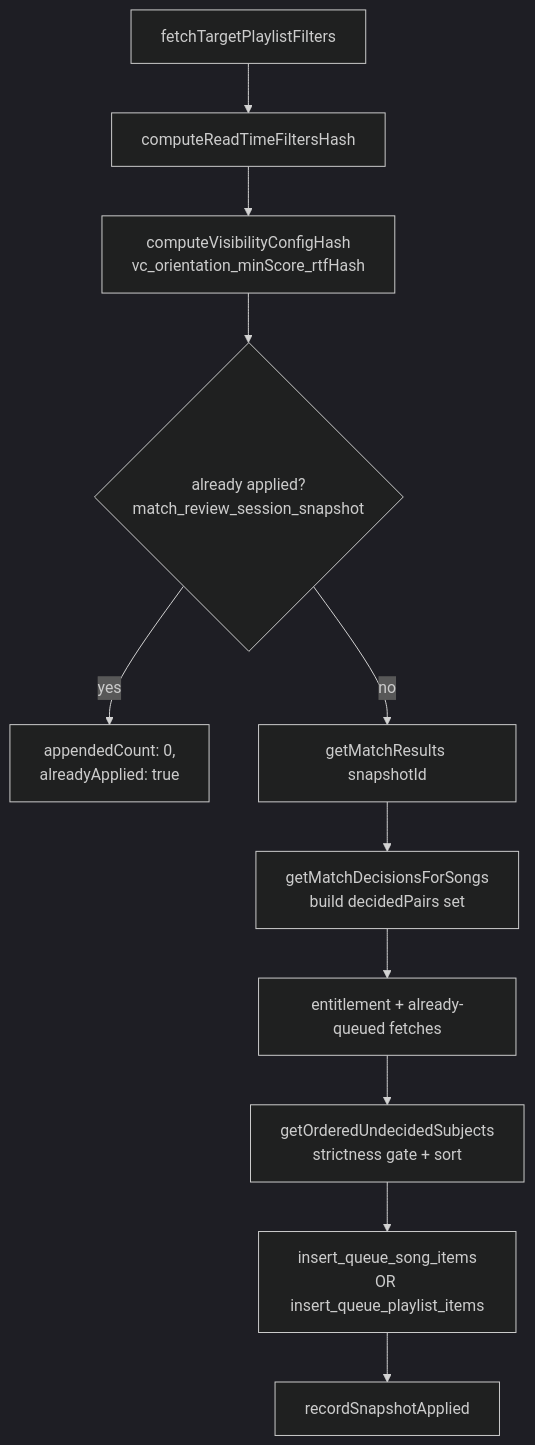
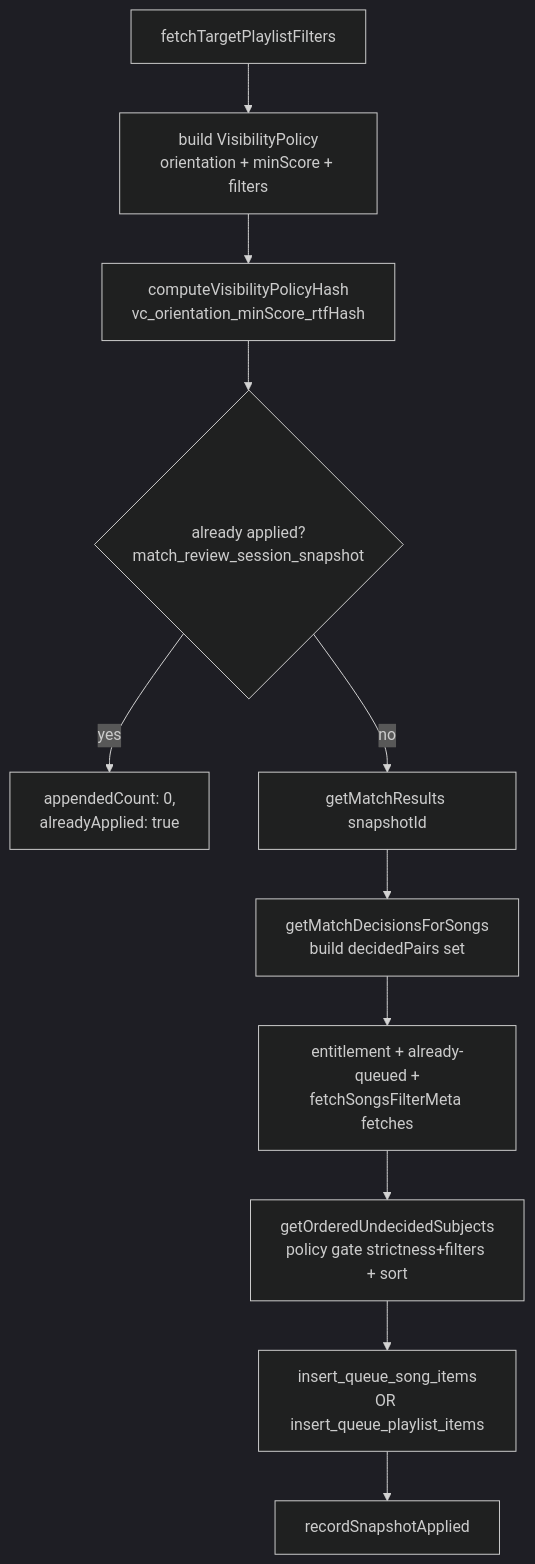
Before and after one commit to fabiogaliano/hearted.music: the fifth of 9 diagrams in docs/architecture/matching/architecture.md, drawn with Mermaid (dark theme). The commit also changed other lines of this file and 13 other files, not shown here.

First line of the commit message:
refactor(match): centralize queue derivation behind shared visibility policy

````diff
--- a/docs/architecture/matching/architecture.md
+++ b/docs/architecture/matching/architecture.md
@@ -313,13 +313,13 @@
 ```mermaid
 flowchart TD
-    A[fetchTargetPlaylistFilters] --> B[computeReadTimeFiltersHash]
-    B --> C[computeVisibilityConfigHash<br/>vc_orientation_minScore_rtfHash]
+    A[fetchTargetPlaylistFilters] --> B[build VisibilityPolicy<br/>orientation + minScore + filters]
+    B --> C[computeVisibilityPolicyHash<br/>vc_orientation_minScore_rtfHash]
     C --> D{already applied?<br/>match_review_session_snapshot}
     D -->|yes| E[appendedCount: 0,<br/>alreadyApplied: true]
     D -->|no| F[getMatchResults snapshotId]
     F --> G[getMatchDecisionsForSongs<br/>build decidedPairs set]
-    G --> H[entitlement + already-queued fetches]
-    H --> I[getOrderedUndecidedSubjects<br/>strictness gate + sort]
+    G --> H[entitlement + already-queued +<br/>fetchSongsFilterMeta fetches]
+    H --> I[getOrderedUndecidedSubjects<br/>policy gate strictness+filters + sort]
     I --> J[insert_queue_song_items<br/>OR insert_queue_playlist_items]
     J --> K[recordSnapshotApplied]
 ```
````
